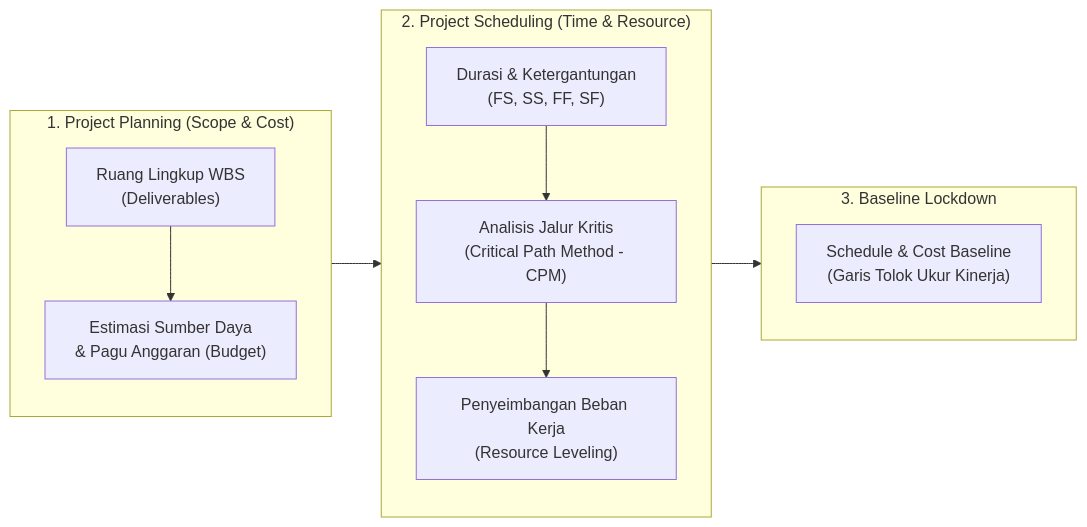
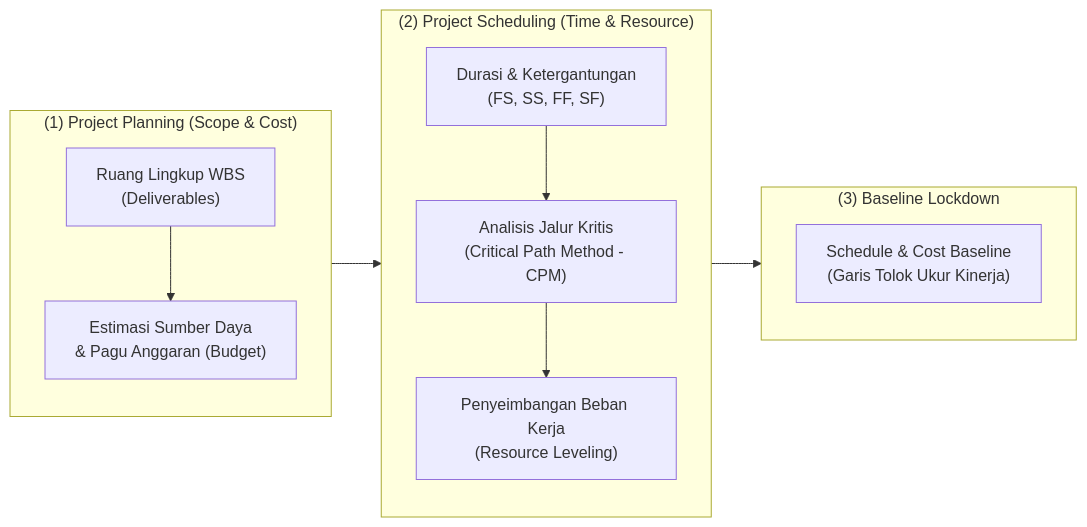
Before and after one commit to alimurrofid/erp-notes: the first of 4 diagrams in content/09-project/project-planning-and-scheduling.md, drawn with Mermaid. The commit also changed other lines of this file and 132 other files, not shown here.

````diff
--- a/content/09-project/project-planning-and-scheduling.md
+++ b/content/09-project/project-planning-and-scheduling.md
@@ -10,18 +10,18 @@
 ```mermaid
 flowchart LR
-    subgraph Planning["1. Project Planning (Scope & Cost)"]
+    subgraph Planning["(1) Project Planning (Scope & Cost)"]
         Scope["Ruang Lingkup WBS<br/>(Deliverables)"] --> Est["Estimasi Sumber Daya<br/>& Pagu Anggaran (Budget)"]
     end
 
-    subgraph Scheduling["2. Project Scheduling (Time & Resource)"]
+    subgraph Scheduling["(2) Project Scheduling (Time & Resource)"]
         Dur["Durasi & Ketergantungan<br/>(FS, SS, FF, SF)"] --> CPM["Analisis Jalur Kritis<br/>(Critical Path Method - CPM)"]
         CPM --> Level["Penyeimbangan Beban Kerja<br/>(Resource Leveling)"]
     end
 
-    subgraph Baseline["3. Baseline Lockdown"]
+    subgraph Baseline["(3) Baseline Lockdown"]
         Base["Schedule & Cost Baseline<br/>(Garis Tolok Ukur Kinerja)"]
     end
 
     Planning --> Scheduling
     Scheduling --> Baseline
 ```
````
